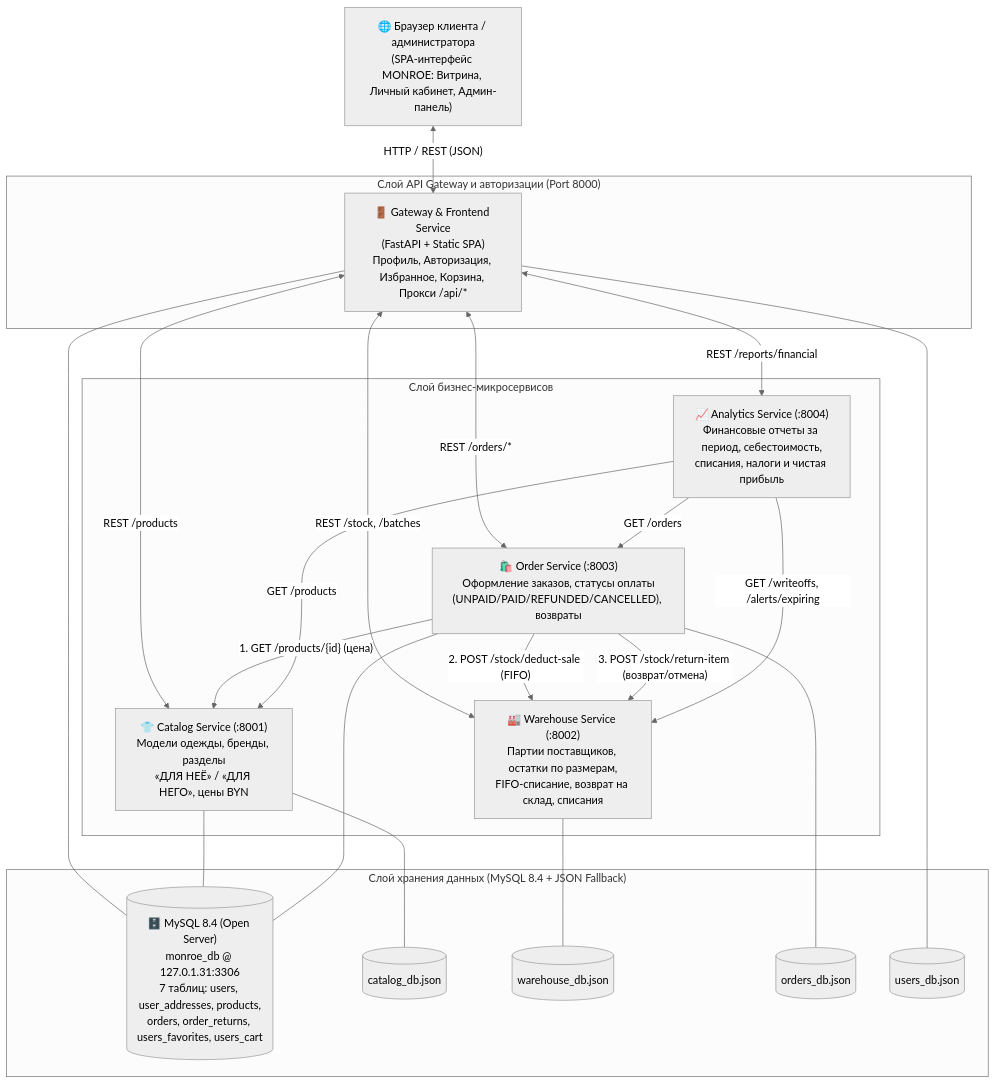
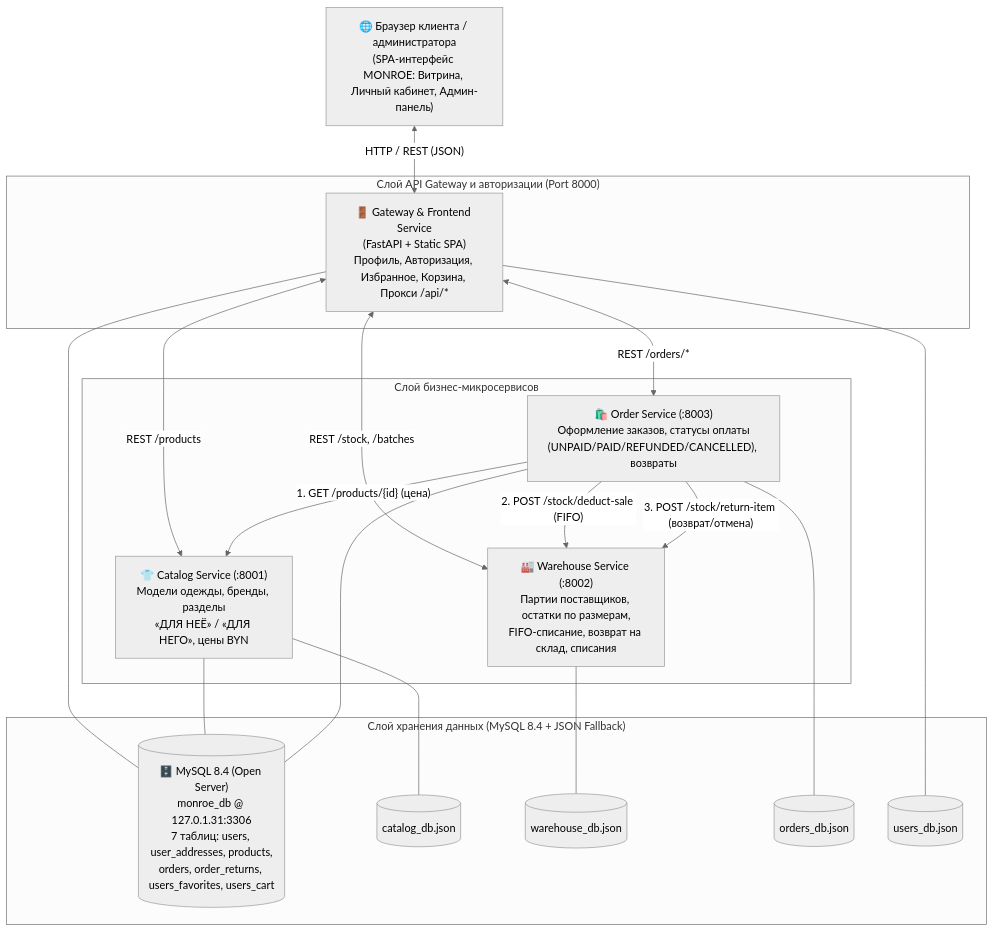
One commit to anya-gor/project2026 changed the second of 7 diagrams in docs/BUSINESS_REQUIREMENTS.md. Above: the diagram before and after it, drawn with Mermaid (neutral theme). The commit also changed other lines of this file and 9 other files, not shown here.

Commit message:
Remove Analytics Service (unused in UI), fix docs to match reality: 2 roles only, automated warehouse/FIFO without keeper UI

````diff
--- a/docs/BUSINESS_REQUIREMENTS.md
+++ b/docs/BUSINESS_REQUIREMENTS.md
@@ -264,44 +257,39 @@
 ```mermaid
 flowchart TB
     Browser["🌐 Браузер клиента / администратора\n(SPA-интерфейс MONROE: Витрина, Личный кабинет, Админ-панель)"]
 
     subgraph GatewayLayer ["Слой API Gateway и авторизации (Port 8000)"]
         Gateway["🚪 Gateway & Frontend Service\n(FastAPI + Static SPA)\nПрофиль, Авторизация, Избранное, Корзина, Прокси /api/*"]
     end
 
     subgraph Microservices ["Слой бизнес-микросервисов"]
         Catalog["👕 Catalog Service (:8001)\nМодели одежды, бренды, разделы\n«ДЛЯ НЕЁ» / «ДЛЯ НЕГО», цены BYN"]
         Warehouse["🏭 Warehouse Service (:8002)\nПартии поставщиков, остатки по размерам,\nFIFO-списание, возврат на склад, списания"]
         Order["🛍️ Order Service (:8003)\nОформление заказов, статусы оплаты\n(UNPAID/PAID/REFUNDED/CANCELLED), возвраты"]
-        Analytics["📈 Analytics Service (:8004)\nФинансовые отчеты за период, себестоимость,\nсписания, налоги и чистая прибыль"]
     end
 
     subgraph DataLayer ["Слой хранения данных (MySQL 8.4 + JSON Fallback)"]
         MySQL[("🗄️ MySQL 8.4 (Open Server)\nmonroe_db @ 127.0.1.31:3306\n7 таблиц: users, user_addresses, products,\norders, order_returns, users_favorites, users_cart")]
         JSON1[("catalog_db.json")]
         JSON2[("warehouse_db.json")]
         JSON3[("orders_db.json")]
         JSON4[("users_db.json")]
     end
 
     Browser <-->|"HTTP / REST (JSON)"| Gateway
     Gateway <-->|"REST /products"| Catalog
     Gateway <-->|"REST /stock, /batches"| Warehouse
     Gateway <-->|"REST /orders/*"| Order
-    Gateway <-->|"REST /reports/financial"| Analytics
 
     Order -->|"1. GET /products/{id} (цена)"| Catalog
     Order -->|"2. POST /stock/deduct-sale (FIFO)"| Warehouse
     Order -->|"3. POST /stock/return-item (возврат/отмена)"| Warehouse
-    Analytics -->|"GET /orders"| Order
-    Analytics -->|"GET /writeoffs, /alerts/expiring"| Warehouse
-    Analytics -->|"GET /products"| Catalog
 
     Gateway --- MySQL
     Gateway --- JSON4
     Catalog --- MySQL
     Catalog --- JSON1
     Warehouse --- JSON2
     Order --- MySQL
     Order --- JSON3
 ```
````
